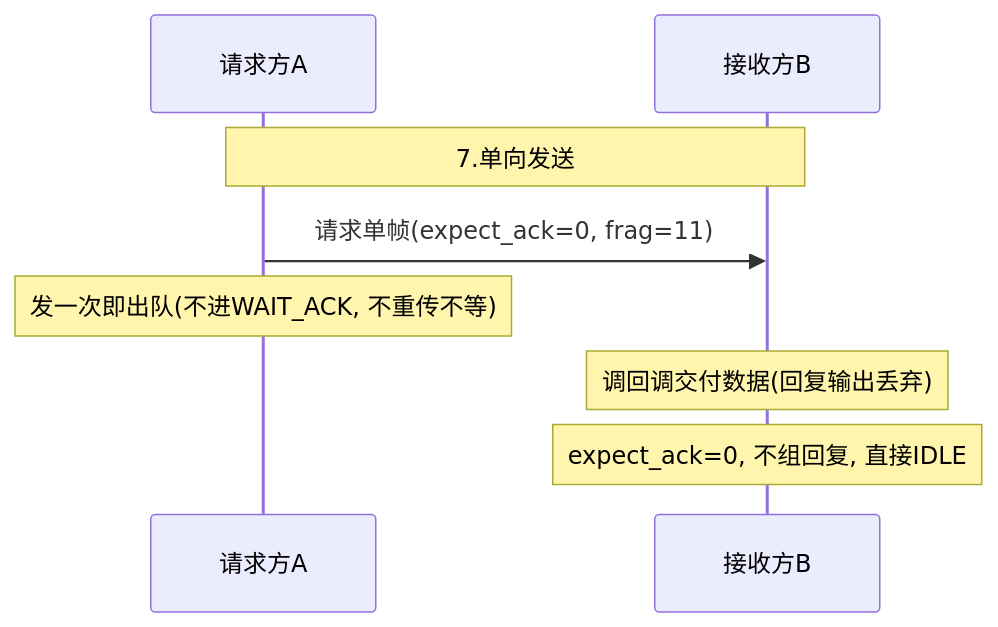
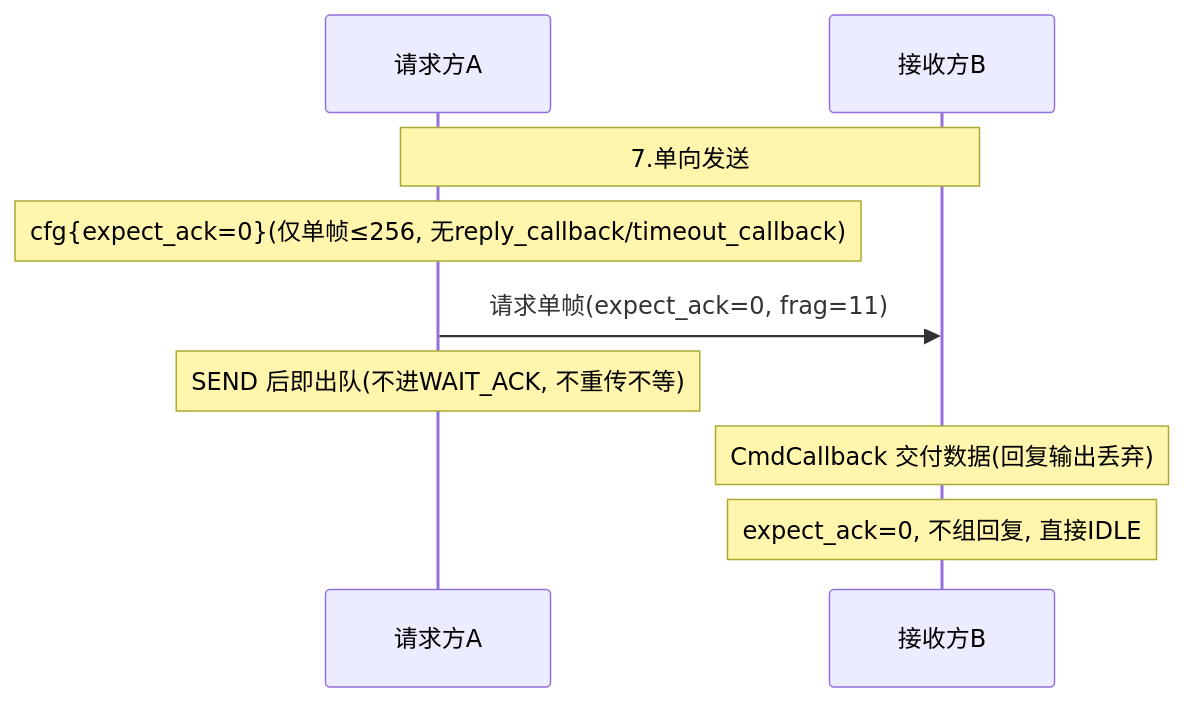
The seventh of 14 diagrams in 工作/项目/代码/260401S3分拣面板-SIA-R9000P.md (Siaiai/ObsidianNote), drawn with Mermaid before and after one commit. The commit also changed other lines of this file and 1 other file, not shown here.

````diff
--- a/工作/项目/代码/260401S3分拣面板-SIA-R9000P.md
+++ b/工作/项目/代码/260401S3分拣面板-SIA-R9000P.md
@@ -176,10 +197,11 @@
 ```mermaid
 sequenceDiagram
     participant A as 请求方A
     participant B as 接收方B
     Note over A,B: 7.单向发送
+    Note over A: cfg{expect_ack=0}(仅单帧≤256, 无reply_callback/timeout_callback)
     A->>B: 请求单帧(expect_ack=0, frag=11)
-    Note over A: 发一次即出队(不进WAIT_ACK, 不重传不等)
-    Note over B: 调回调交付数据(回复输出丢弃)
+    Note over A: SEND 后即出队(不进WAIT_ACK, 不重传不等)
+    Note over B: CmdCallback 交付数据(回复输出丢弃)
     Note over B: expect_ack=0, 不组回复, 直接IDLE
 ```
````
